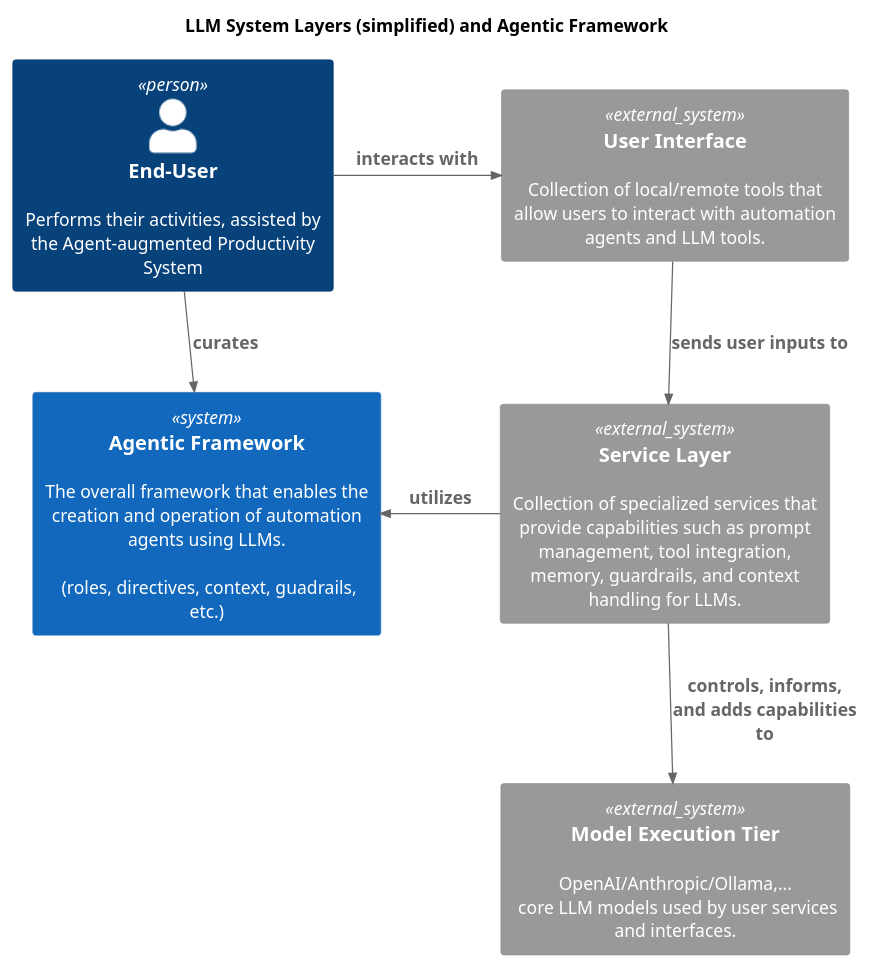
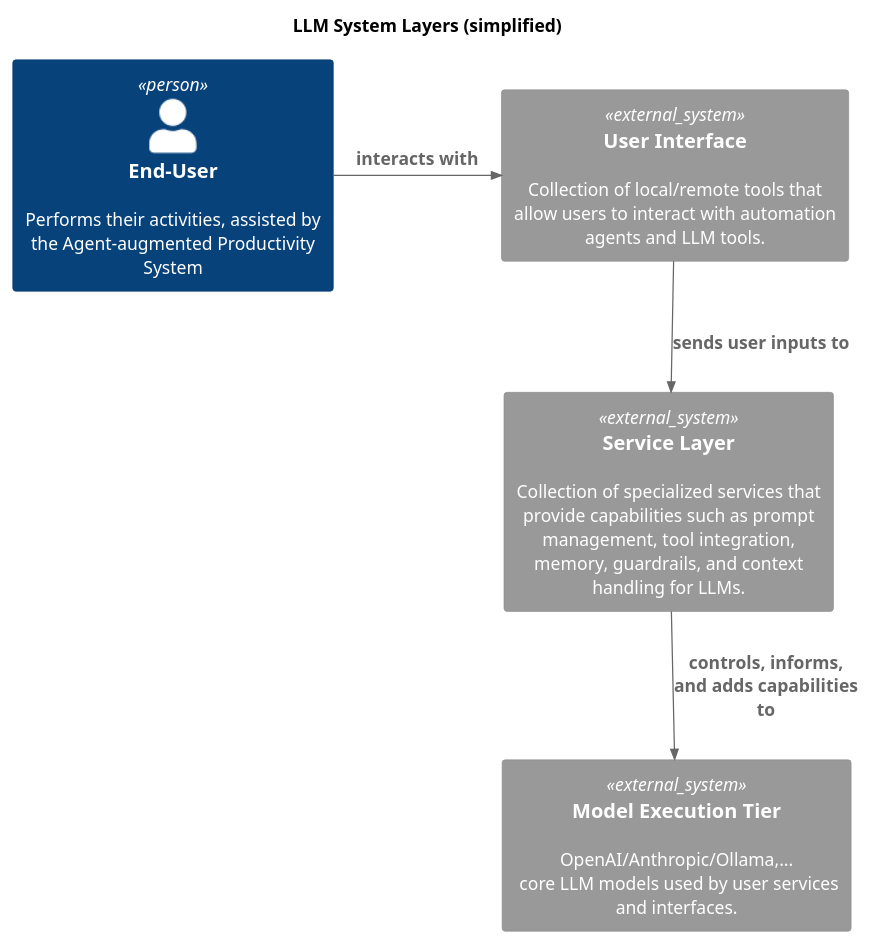
The diagram in docs/architecture/diagrams/llm-components.puml (sddevelopment-be/quickstart_agent-augmented-development), drawn with PlantUML before and after one commit. The commit also changed 3 other files, not shown here.

Commit message:
Add example agent-collaboration workflow diagram

```diff
--- a/docs/architecture/diagrams/llm-components.puml
+++ b/docs/architecture/diagrams/llm-components.puml
@@ -1,31 +1,32 @@
 @startuml repo_agents_components
-title LLM System Layers (simplified) and Agentic Framework
+title LLM System Layers (simplified)
+'title LLM System Layers (simplified) and Agentic Framework
 
 !include https://raw.githubusercontent.com/plantuml-stdlib/C4-PlantUML/master/C4.puml
 !include https://raw.githubusercontent.com/plantuml-stdlib/C4-PlantUML/master/C4_Component.puml
 
 skinparam defaultFontName "Verdana"
 skinparam defaultFontSize 14
 skinparam wrapWidth 260
 
 Person(end_user, "End-User", "Performs their activities, assisted by the Agent-augmented Productivity System")
 
 together {
     System_Ext(llm_user_interface, "User Interface", "Collection of local/remote tools that allow users to interact with automation agents and LLM tools.")
     System_Ext(llm_service_layer, "Service Layer", "Collection of specialized services that provide capabilities such as prompt management, tool integration, memory, guardrails, and context handling for LLMs.")
     System_Ext(model_tier, "Model Execution Tier", "OpenAI/Anthropic/Ollama,... \n core LLM models used by user services and interfaces.")
 
     Rel_D(llm_user_interface, llm_service_layer, "sends user inputs to")
     Rel_D(llm_service_layer, model_tier, "controls, informs, and adds capabilities to")
 }
 
 
-System(agentic_framework, "Agentic Framework", "The overall framework that enables the creation and operation of automation agents using LLMs. \n\n (roles, directives, context, guadrails, etc.)")
+'System(agentic_framework, "Agentic Framework", "The overall framework that enables the creation and operation of automation agents using LLMs. \n\n (roles, directives, context, guadrails, etc.)")
 
 Rel_R(end_user, llm_user_interface, "interacts with")
 
-Rel_L(llm_service_layer, agentic_framework, "utilizes")
-Rel_D(end_user, agentic_framework, "curates")
+'Rel_L(llm_service_layer, agentic_framework, "utilizes")
+'Rel_D(end_user, agentic_framework, "curates")
 
 'SHOW_LEGEND()
 @enduml
```
